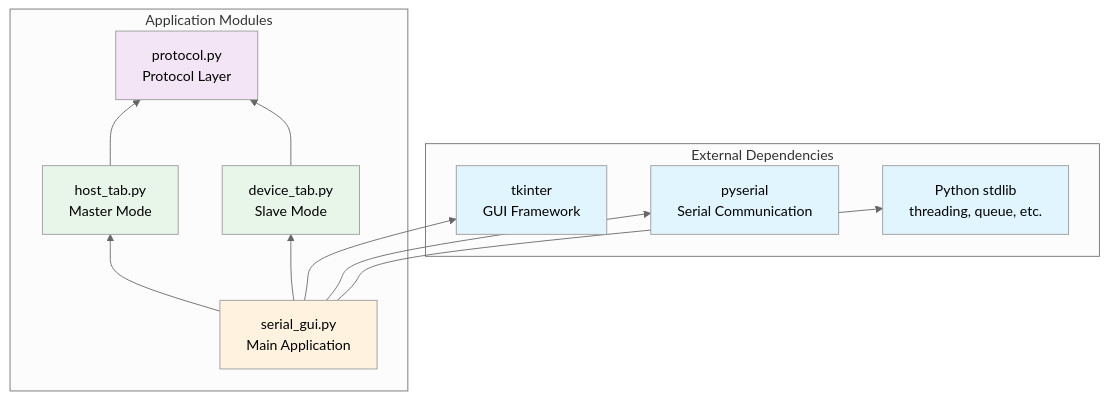
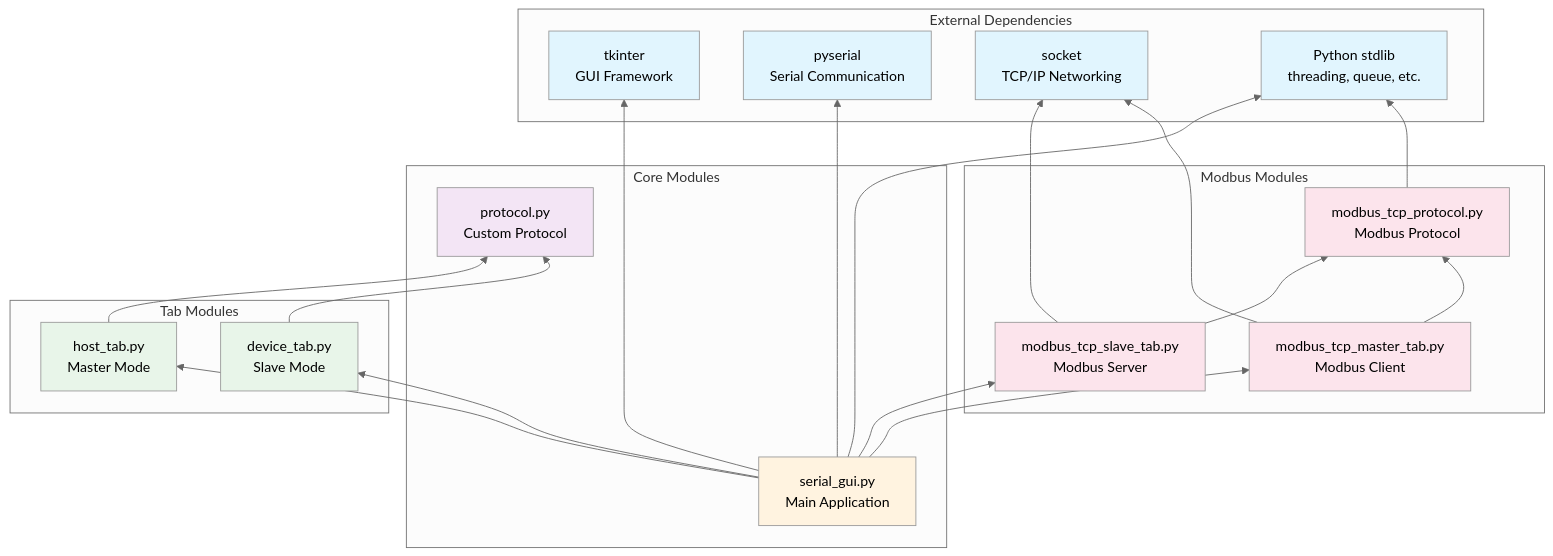
Before and after one commit to BangNguyenSJSU/SerialCOM_Tool: the fifth of 5 diagrams in README.md, drawn with Mermaid (neutral theme). The commit also changed other lines of this file and 1 other file, not shown here.

First line of the commit message:
Update README with Modbus TCP and detailed usage guide

````diff
--- a/README.md
+++ b/README.md
@@ -244,31 +524,52 @@
 ```mermaid
 graph BT
     subgraph "External Dependencies"
         TK[tkinter<br/>GUI Framework]
         PS[pyserial<br/>Serial Communication]
+        SOCK[socket<br/>TCP/IP Networking]
         STD[Python stdlib<br/>threading, queue, etc.]
     end
     
-    subgraph "Application Modules"
+    subgraph "Core Modules"
         MAIN[serial_gui.py<br/>Main Application]
-        PROT[protocol.py<br/>Protocol Layer]
+        PROT[protocol.py<br/>Custom Protocol]
+    end
+    
+    subgraph "Tab Modules"
         HOST[host_tab.py<br/>Master Mode]
         DEV[device_tab.py<br/>Slave Mode]
+    end
+    
+    subgraph "Modbus Modules"
+        MTP[modbus_tcp_protocol.py<br/>Modbus Protocol]
+        MTS[modbus_tcp_slave_tab.py<br/>Modbus Server]
+        MTM[modbus_tcp_master_tab.py<br/>Modbus Client]
     end
     
     MAIN --> TK
     MAIN --> PS
     MAIN --> STD
     HOST --> PROT
     DEV --> PROT
     MAIN --> HOST
     MAIN --> DEV
+    MTP --> STD
+    MTS --> MTP
+    MTS --> SOCK
+    MTM --> MTP
+    MTM --> SOCK
+    MAIN --> MTS
+    MAIN --> MTM
     
     style TK fill:#e1f5fe
     style PS fill:#e1f5fe
+    style SOCK fill:#e1f5fe
     style STD fill:#e1f5fe
     style MAIN fill:#fff3e0
     style PROT fill:#f3e5f5
     style HOST fill:#e8f5e9
     style DEV fill:#e8f5e9
+    style MTP fill:#fce4ec
+    style MTS fill:#fce4ec
+    style MTM fill:#fce4ec
 ```
````
